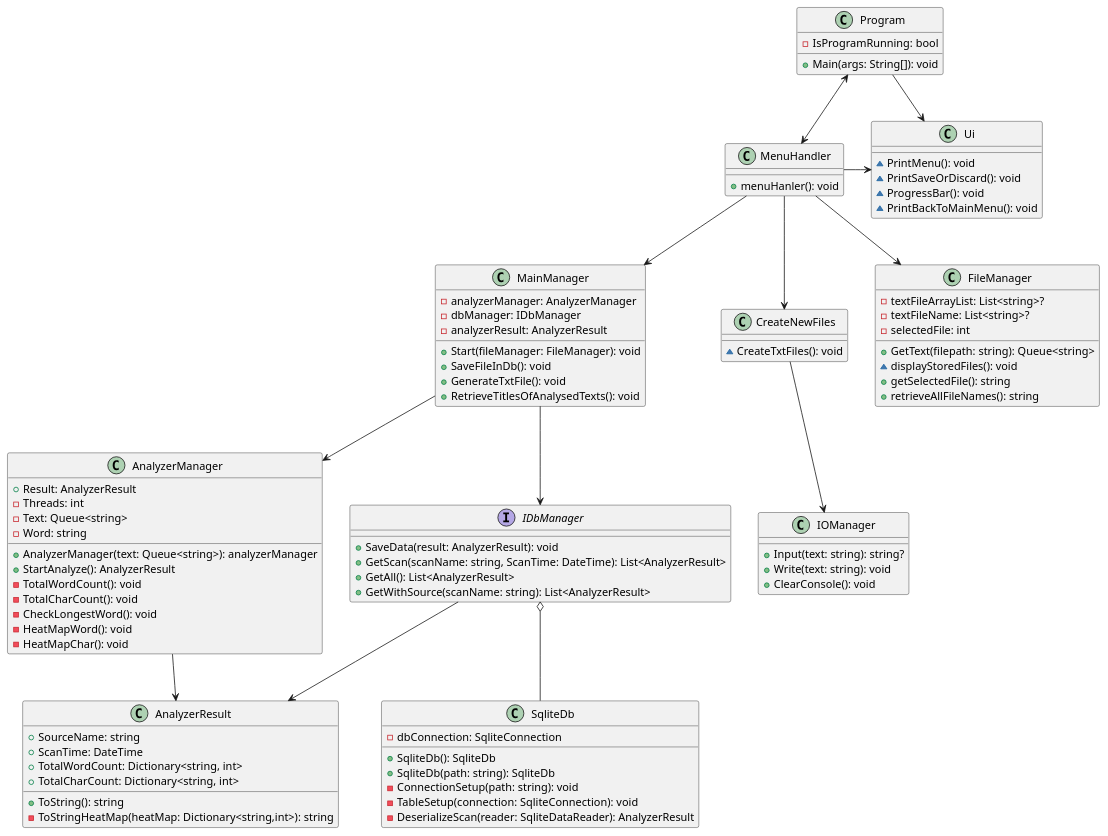
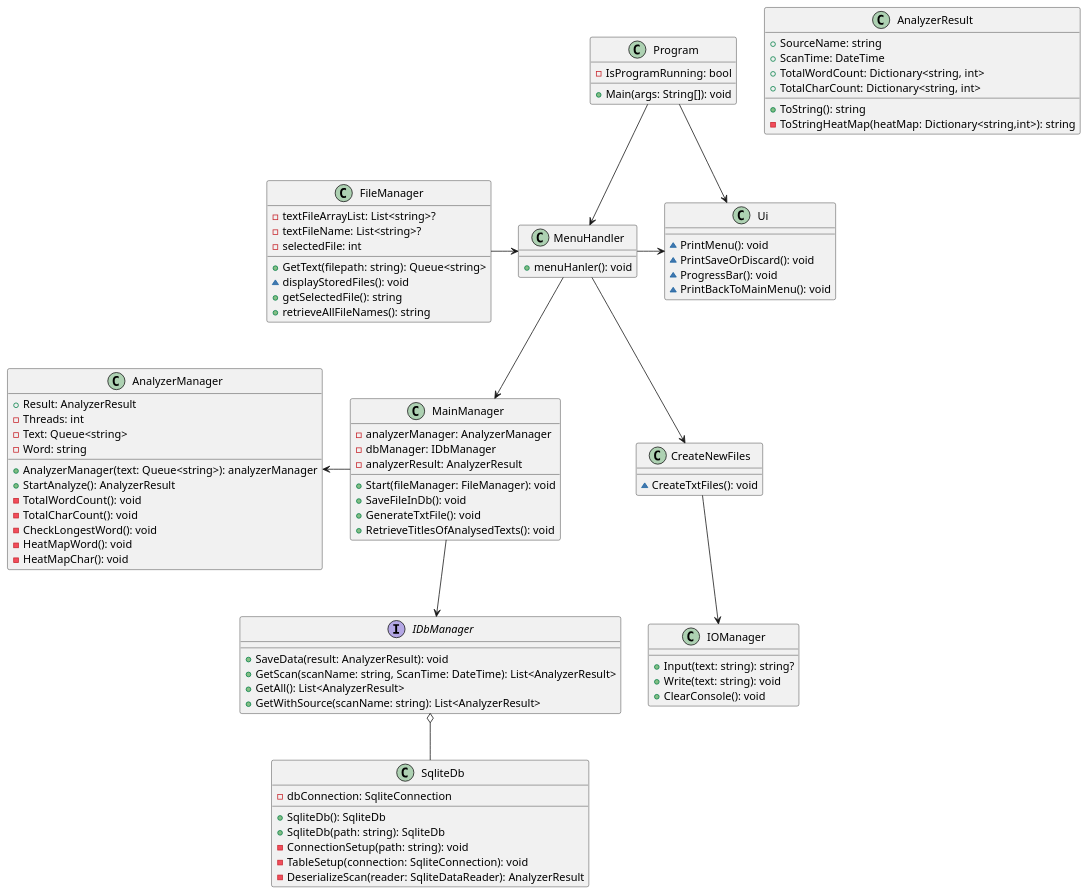
The diagram in diagrams/ClassDiagram_V02.puml (Mimeas-Studies/pgr3302-1-Software-Design-Exam), drawn with PlantUML before and after one commit.

Commit message:
Cleaned up V02 Diagram

```diff
--- a/diagrams/ClassDiagram_V02.puml
+++ b/diagrams/ClassDiagram_V02.puml
@@ -1,105 +1,102 @@
 @startuml
 class Program {
     - IsProgramRunning: bool
-    
     + Main(args: String[]): void
 }
 
 class MainManager {
     - analyzerManager: AnalyzerManager
     - dbManager: IDbManager
     - analyzerResult: AnalyzerResult
     
     + Start(fileManager: FileManager): void
     + SaveFileInDb(): void
     + GenerateTxtFile(): void
     + RetrieveTitlesOfAnalysedTexts(): void
 }
 
 class Ui {
     ~ PrintMenu(): void
     ~ PrintSaveOrDiscard(): void
     ~ ProgressBar(): void
     ~ PrintBackToMainMenu(): void
 }
 
 'What?
 class MenuHandler {
     + menuHanler(): void
 }
 
 class CreateNewFiles {
     ~ CreateTxtFiles(): void
 }
 
 class FileManager {
     - textFileArrayList: List<string>?
     - textFileName: List<string>?
     - selectedFile: int
     
     + GetText(filepath: string): Queue<string>
     ~ displayStoredFiles(): void
     + getSelectedFile(): string
     + retrieveAllFileNames(): string
 }
 
 class IOManager {
     + Input(text: string): string?
     + Write(text: string): void
     + ClearConsole(): void
 }
 
 class AnalyzerManager {
     + Result: AnalyzerResult
     - Threads: int
     - Text: Queue<string>
     - Word: string
     
     + AnalyzerManager(text: Queue<string>): analyzerManager
     + StartAnalyze(): AnalyzerResult
     - TotalWordCount(): void
     - TotalCharCount(): void
     - CheckLongestWord(): void
     - HeatMapWord(): void
     - HeatMapChar(): void
 }
 
 class AnalyzerResult {
     + SourceName: string
     + ScanTime: DateTime
     + TotalWordCount: Dictionary<string, int>
     + TotalCharCount: Dictionary<string, int>
     
     + ToString(): string
     - ToStringHeatMap(heatMap: Dictionary<string,int>): string
 }
 
 interface IDbManager {
     + SaveData(result: AnalyzerResult): void
     + GetScan(scanName: string, ScanTime: DateTime): List<AnalyzerResult>
     + GetAll(): List<AnalyzerResult>
     + GetWithSource(scanName: string): List<AnalyzerResult>
 }
 
 class SqliteDb {
     - dbConnection: SqliteConnection
     + SqliteDb(): SqliteDb
     + SqliteDb(path: string): SqliteDb
     - ConnectionSetup(path: string): void
     - TableSetup(connection: SqliteConnection): void
     - DeserializeScan(reader: SqliteDataReader): AnalyzerResult
 }
 
-Program <--> MenuHandler
+Program --> MenuHandler
 Program -> Ui
 MenuHandler -> Ui
 MenuHandler --> MainManager
 MenuHandler --> CreateNewFiles
-MenuHandler --> FileManager
+FileManager -> MenuHandler
 CreateNewFiles --> IOManager
-MainManager --> AnalyzerManager
+AnalyzerManager <- MainManager
 MainManager --> IDbManager
-AnalyzerManager --> AnalyzerResult
 IDbManager o-- SqliteDb
-IDbManager --> AnalyzerResult
 @enduml
```
